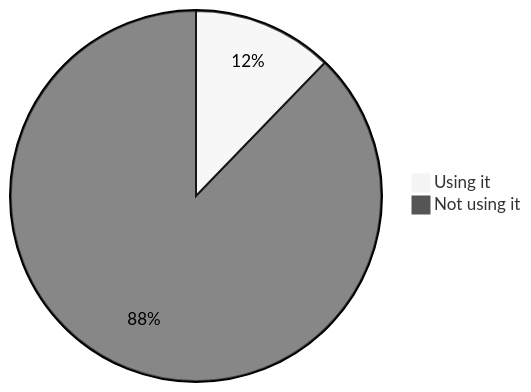
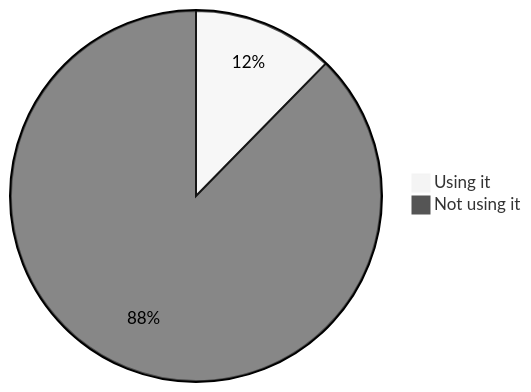
The fourth of 22 diagrams in stats.md (oshp/oshp-stats), drawn with Mermaid (neutral theme) before and after one commit. The commit also changed other lines of this file, not shown here.

````diff
--- a/stats.md
+++ b/stats.md
@@ -46,6 +46,6 @@
 ```mermaid
 pie
-	"Using it" : 12.23
-	"Not using it" : 87.77
+	"Using it" : 12.34
+	"Not using it" : 87.66
 
 ```
````
